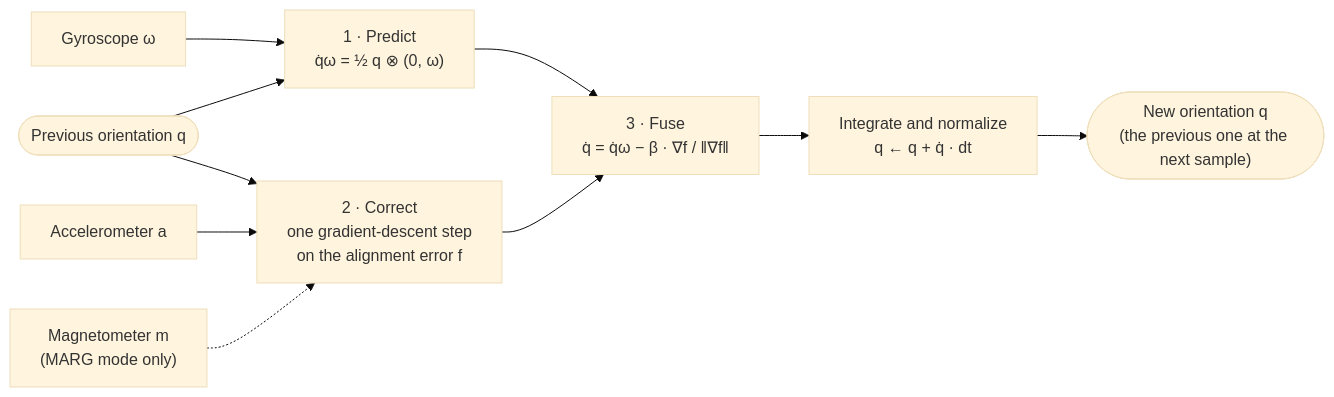
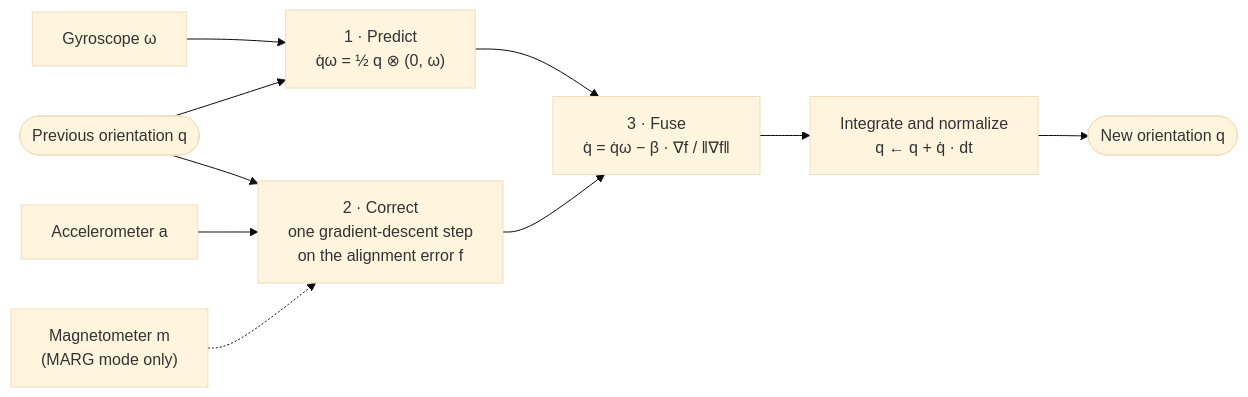
Before and after one commit to aihya/Madgwick-Filter: the first of 3 diagrams in README.md, drawn with Mermaid (base theme). The commit also changed other lines of this file, not shown here.

````diff
--- a/README.md
+++ b/README.md
@@ -27,13 +20,13 @@
 ```mermaid
 flowchart LR
     Q0(["Previous orientation q"])
     G["Gyroscope ω"] --> P["1 · Predict<br/>q̇ω = ½ q ⊗ (0, ω)"]
     Q0 --> P
     Q0 --> C
     A["Accelerometer a"] --> C["2 · Correct<br/>one gradient-descent step<br/>on the alignment error f"]
     M["Magnetometer m<br/>(MARG mode only)"] -.-> C
     P --> F["3 · Fuse<br/>q̇ = q̇ω − β · ∇f / ‖∇f‖"]
     C --> F
     F --> I["Integrate and normalize<br/>q ← q + q̇ · dt"]
-    I --> Q1(["New orientation q<br/>(the previous one at the next sample)"])
+    I --> Q1(["New orientation q"])
 ```
````
